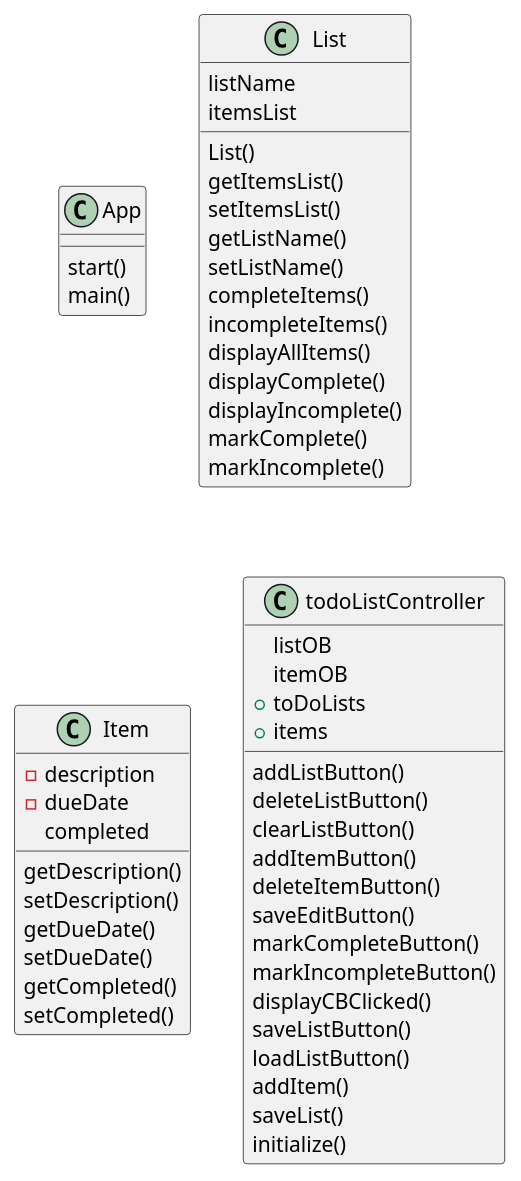
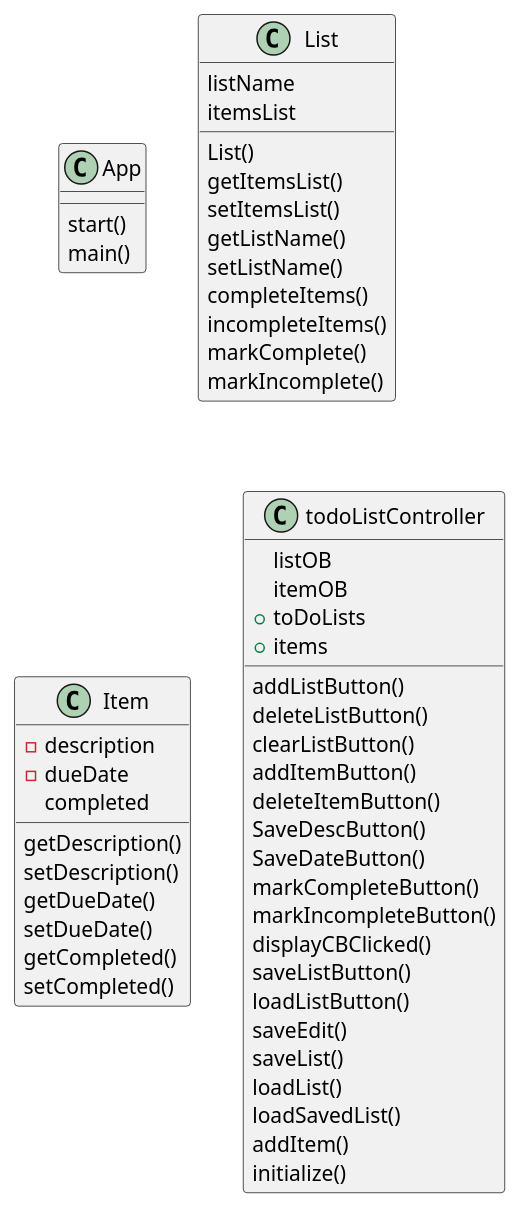
The diagram in src/main/java/ucf/assignments/Class Diagram.puml (kamcri/assignment4part2), drawn with PlantUML before and after one commit. The commit also changed 1 other file, not shown here.

```diff
--- a/src/main/java/ucf/assignments/Class Diagram.puml
+++ b/src/main/java/ucf/assignments/Class Diagram.puml
@@ -1,55 +1,56 @@
 @startuml
 
 class App{
 start()
 main()
 }
 class List{
 listName
 itemsList
 List()
 getItemsList()
 setItemsList()
 getListName()
 setListName()
 completeItems()
 incompleteItems()
-displayAllItems()
-displayComplete()
-displayIncomplete()
 markComplete()
 markIncomplete()
 }
 class Item{
 -description
 -dueDate
 completed
 getDescription()
 setDescription()
 getDueDate()
 setDueDate()
 getCompleted()
 setCompleted()
 }
 class todoListController{
 listOB
 itemOB
 +toDoLists
 +items
 addListButton()
 deleteListButton()
 clearListButton()
 addItemButton()
 deleteItemButton()
-saveEditButton()
+SaveDescButton()
+SaveDateButton()
 markCompleteButton()
 markIncompleteButton()
 displayCBClicked()
 saveListButton()
 loadListButton()
+saveEdit()
+saveList()
+loadList()
+loadSavedList()
 addItem()
-saveList()
 initialize()
 }
 
 @enduml
```
